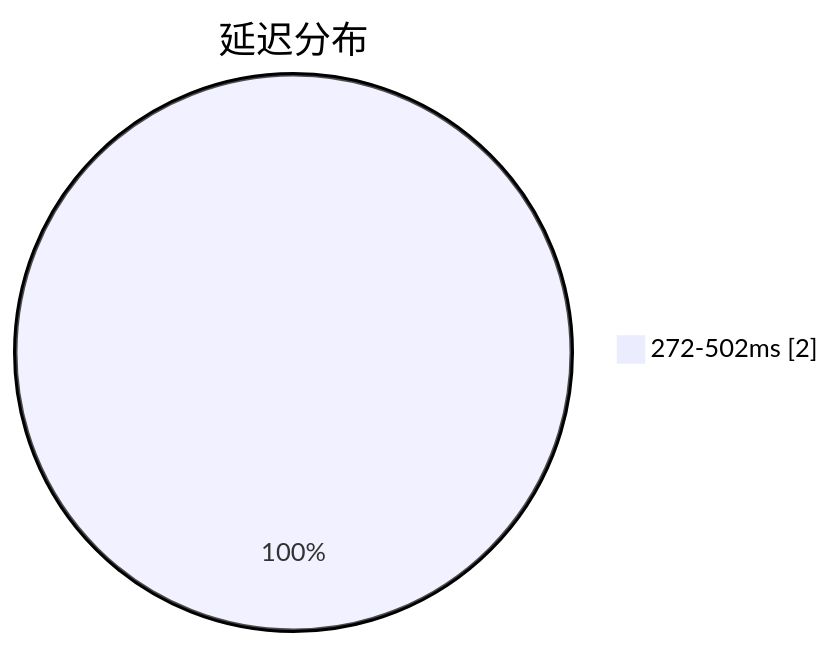
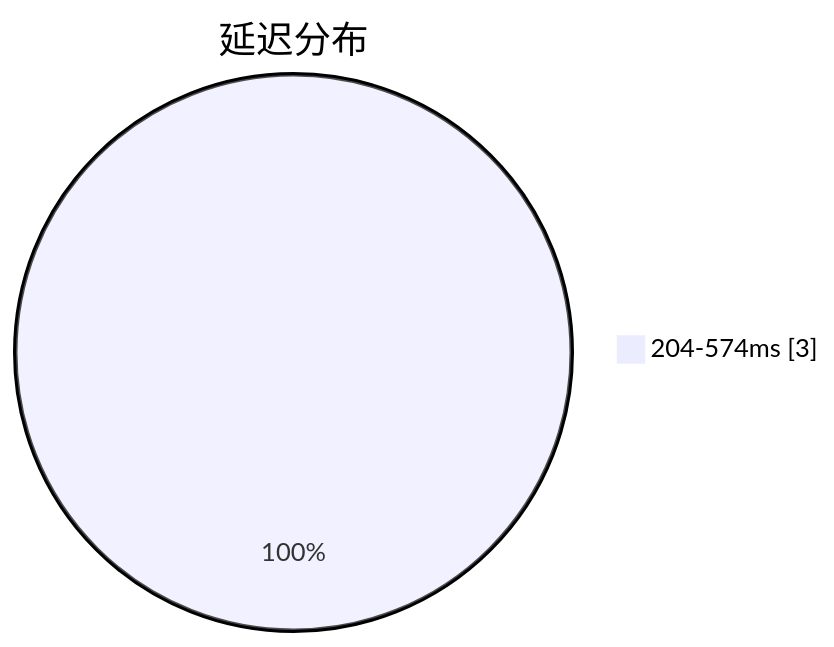
Before and after one commit to rxsweet/collectNodes: the first of 2 diagrams in subs/merged/tested_within.md, drawn with Mermaid. The commit also changed other lines of this file and 2 other files, not shown here.

Commit message:
check node done

````diff
--- a/subs/merged/tested_within.md
+++ b/subs/merged/tested_within.md
@@ -2,5 +2,5 @@
 ```mermaid
 pie showData
 title 延迟分布
-"272-502ms" : 2
+"204-574ms" : 3
 ```
````
